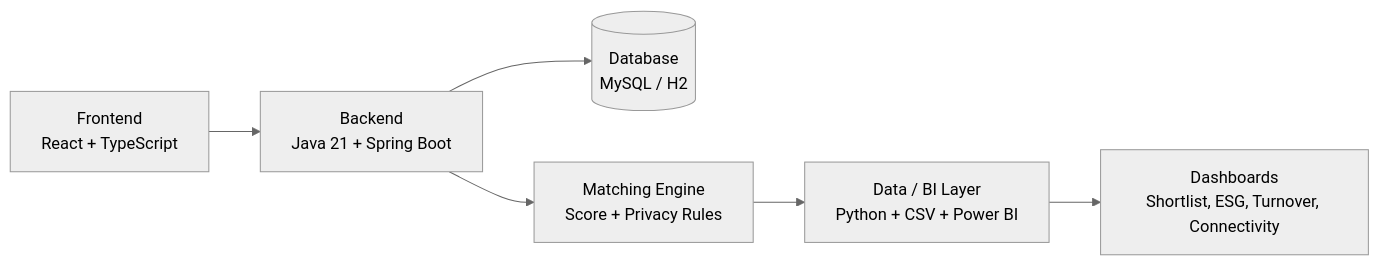
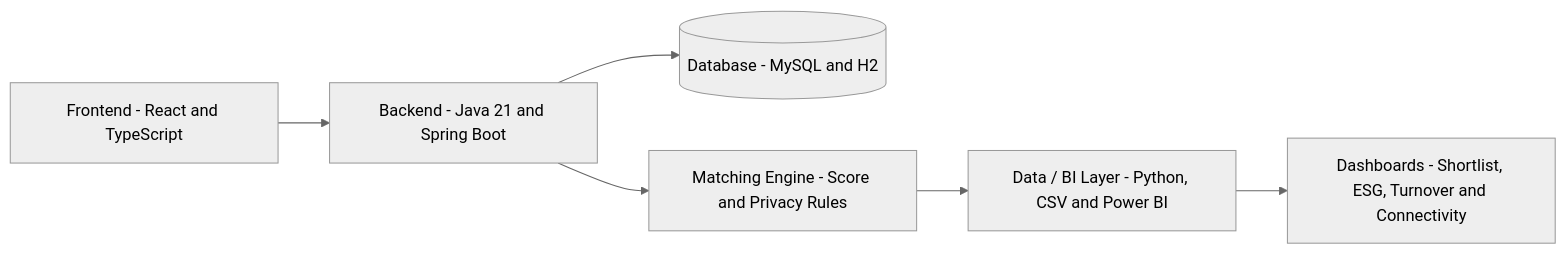
One commit to No-Country-simulation/S06-26-AB-Equipe_23 changed the diagram in README.md. Above: the diagram before and after it, drawn with Mermaid (neutral theme). The commit also changed other lines of this file and 2 other files, not shown here.

````diff
--- a/README.md
+++ b/README.md
@@ -31,8 +55,8 @@
 ```mermaid
 flowchart LR
-    A[Frontend<br/>React + TypeScript] --> B[Backend<br/>Java 21 + Spring Boot]
-    B --> C[(Database<br/>MySQL / H2)]
-    B --> D[Matching Engine<br/>Score + Privacy Rules]
-    D --> E[Data / BI Layer<br/>Python + CSV + Power BI]
-    E --> F[Dashboards<br/>Shortlist, ESG, Turnover, Connectivity]
+    A[Frontend - React and TypeScript] --> B[Backend - Java 21 and Spring Boot]
+    B --> C[(Database - MySQL and H2)]
+    B --> D[Matching Engine - Score and Privacy Rules]
+    D --> E[Data / BI Layer - Python, CSV and Power BI]
+    E --> F[Dashboards - Shortlist, ESG, Turnover and Connectivity]
 ```
````
